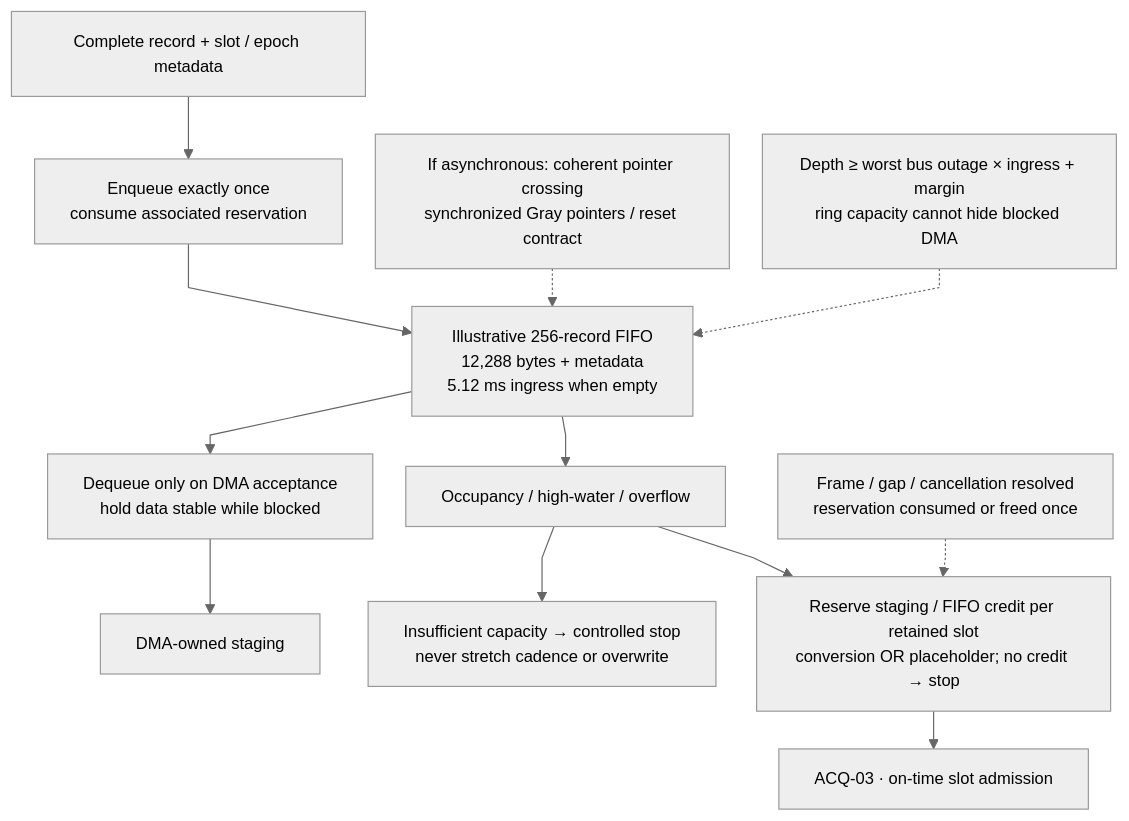
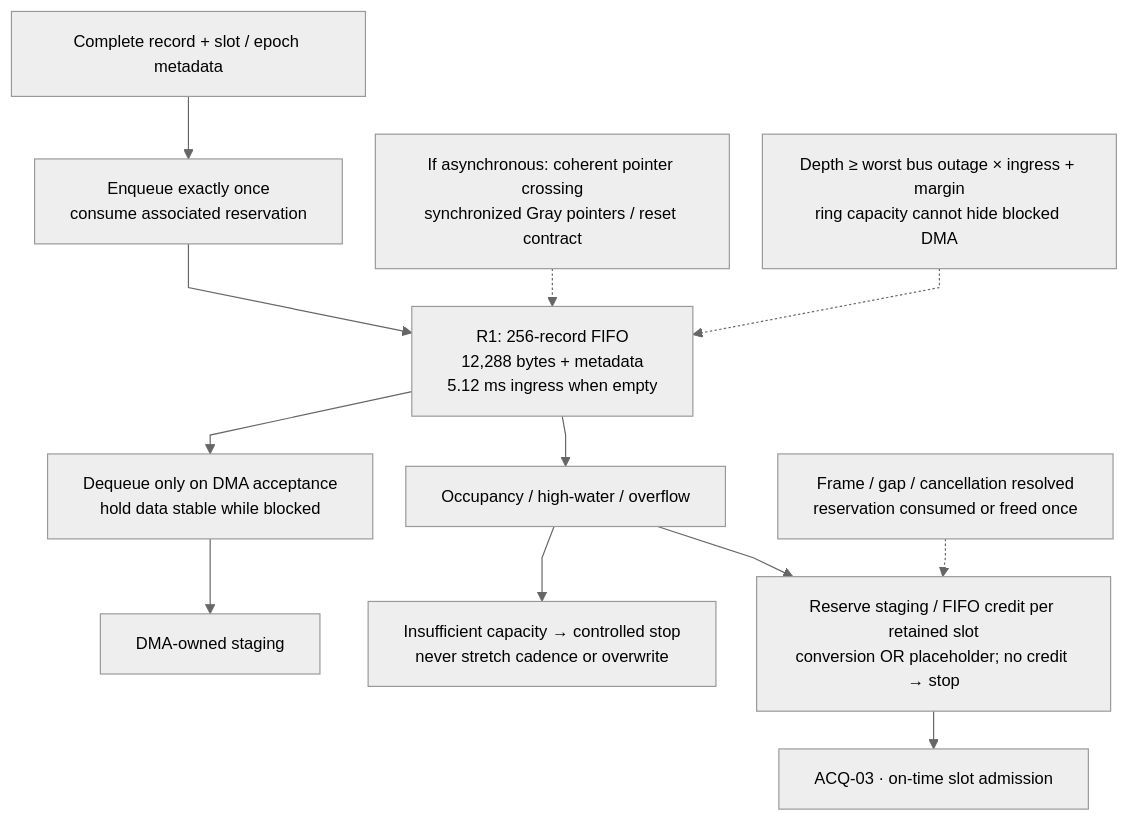
Diagram 18 of 27 in microcontroller/acquisition/README.md (baolgn/DRG-pain-project), drawn with Mermaid before and after one commit. The commit also changed other lines of this file and 19 other files, not shown here.

````diff
--- a/microcontroller/acquisition/README.md
+++ b/microcontroller/acquisition/README.md
@@ -388,15 +393,15 @@
 ```mermaid
 %%{init: {"theme":"neutral","themeVariables":{"fontFamily":"Arial,sans-serif","fontSize":"14px"},"flowchart":{"htmlLabels":true,"minNodeWidth":0,"wrappingWidth":240,"nodeSpacing":28,"rankSpacing":32,"curve":"linear"}}}%%
 flowchart TB
     IN["Complete record + slot / epoch metadata"] --> PUSH["Enqueue exactly once<br/>consume associated reservation"]
-    PUSH --> FIFO["Illustrative 256-record FIFO<br/>12,288 bytes + metadata<br/>5.12 ms ingress when empty"]
+    PUSH --> FIFO["R1: 256-record FIFO<br/>12,288 bytes + metadata<br/>5.12 ms ingress when empty"]
     FIFO --> POP["Dequeue only on DMA acceptance<br/>hold data stable while blocked"]
     POP --> DMA["DMA-owned staging"]
     FIFO --> OCC["Occupancy / high-water / overflow"]
     OCC --> STOP["Insufficient capacity → controlled stop<br/>never stretch cadence or overwrite"]
     OCC --> CREDIT["Reserve staging / FIFO credit per retained slot<br/>conversion OR placeholder; no credit → stop"]
     CREDIT --> SCHED["ACQ-03 · on-time slot admission"]
     RESOLVE["Frame / gap / cancellation resolved<br/>reservation consumed or freed once"] -.-> CREDIT
     CDC["If asynchronous: coherent pointer crossing<br/>synchronized Gray pointers / reset contract"] -.-> FIFO
     BOUND["Depth ≥ worst bus outage × ingress + margin<br/>ring capacity cannot hide blocked DMA"] -.-> FIFO
 ```
````
